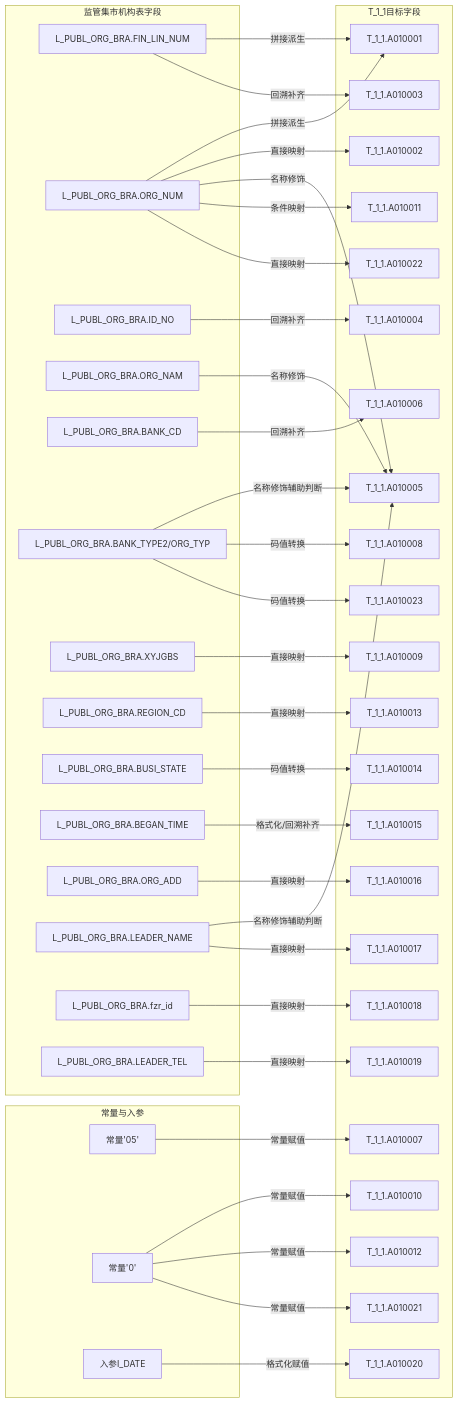
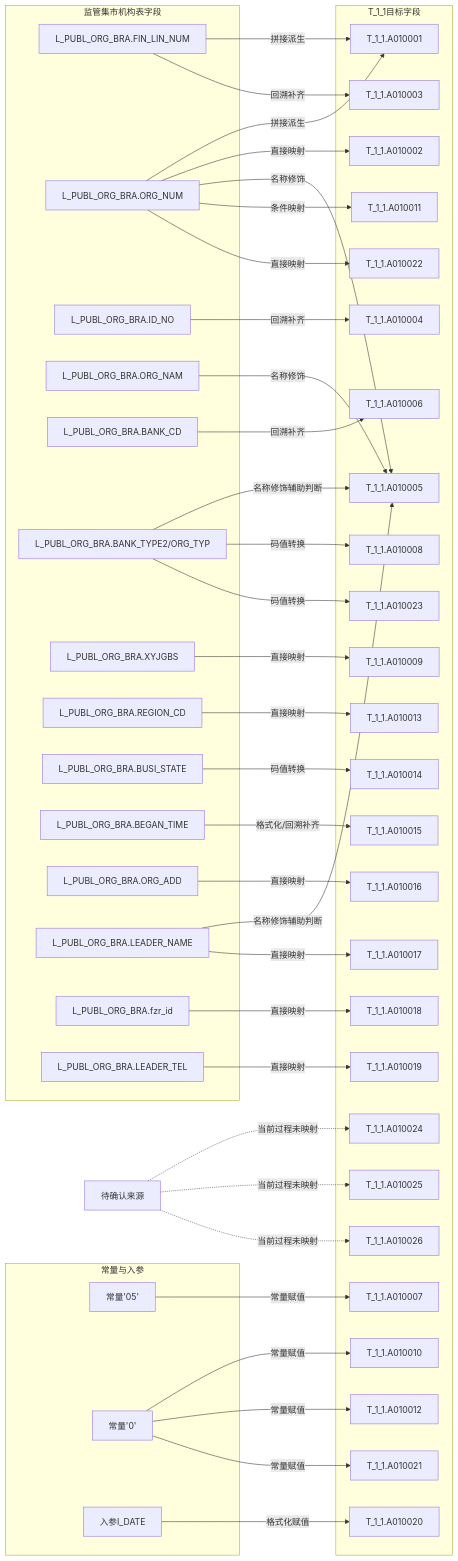
Before and after one commit to zhoujk1989-arch/Obsidian: the second of 2 diagrams in WisdomLedger/知识库/血缘/一表通系统/血缘-1.1-机构信息-一表通系统.md, drawn with Mermaid. The commit also changed other lines of this file and 23 other files, not shown here.

First line of the commit message:
``` chore(obsidian): 更新图谱缩放比例和工作区配置

````diff
--- a/WisdomLedger/知识库/血缘/一表通系统/血缘-1.1-机构信息-一表通系统.md
+++ b/WisdomLedger/知识库/血缘/一表通系统/血缘-1.1-机构信息-一表通系统.md
@@ -146,6 +153,9 @@
         T021["T_1_1.A010021"]
         T022["T_1_1.A010022"]
         T023["T_1_1.A010023"]
+        T024["T_1_1.A010024"]
+        T025["T_1_1.A010025"]
+        T026["T_1_1.A010026"]
     end
 
     S_FIN -->|拼接派生| T001
@@ -175,4 +185,7 @@
     C_0A -->|常量赋值| T021
     S_ORG -->|直接映射| T022
     S_BT -->|码值转换| T023
+    U1["待确认来源"] -.当前过程未映射.-> T024
+    U1 -.当前过程未映射.-> T025
+    U1 -.当前过程未映射.-> T026
 ```
````
